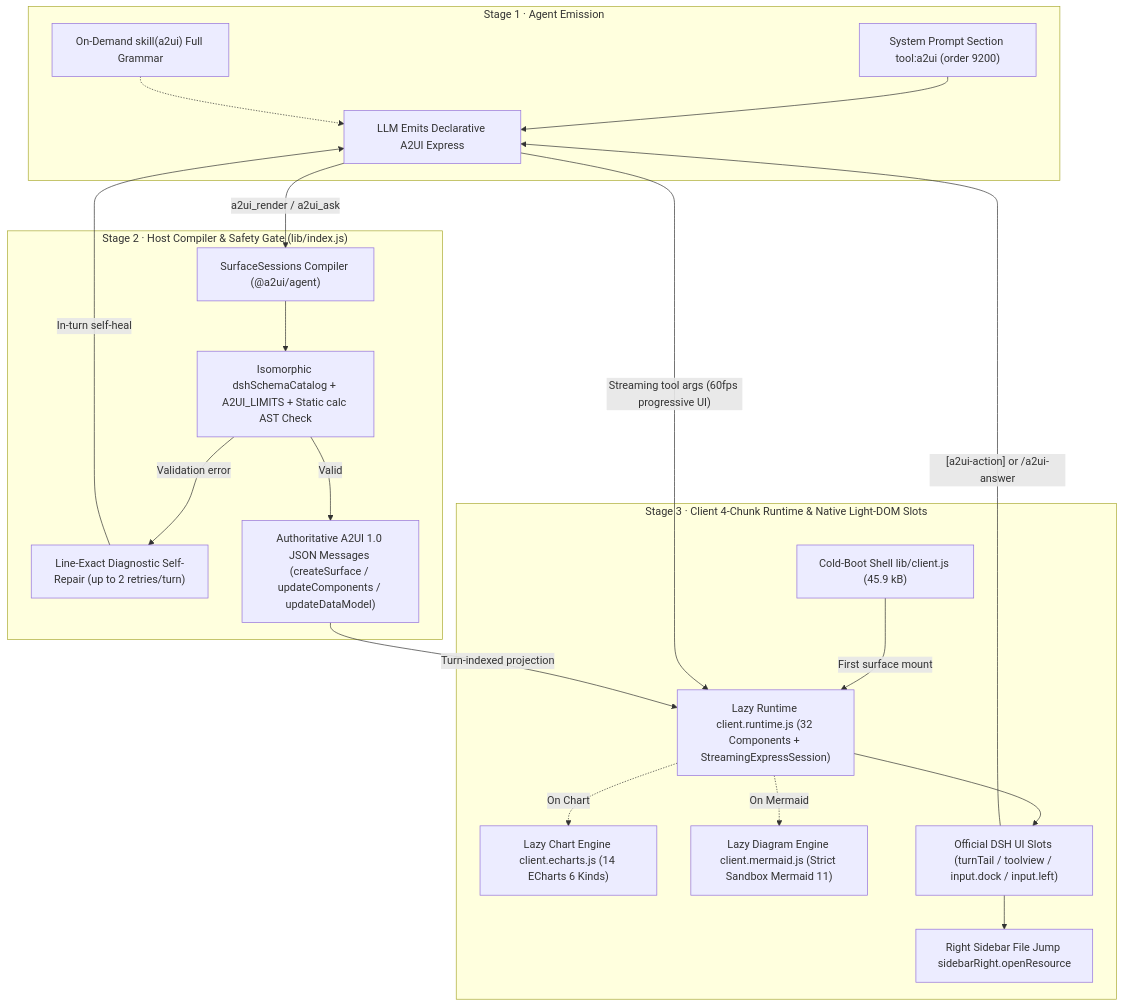
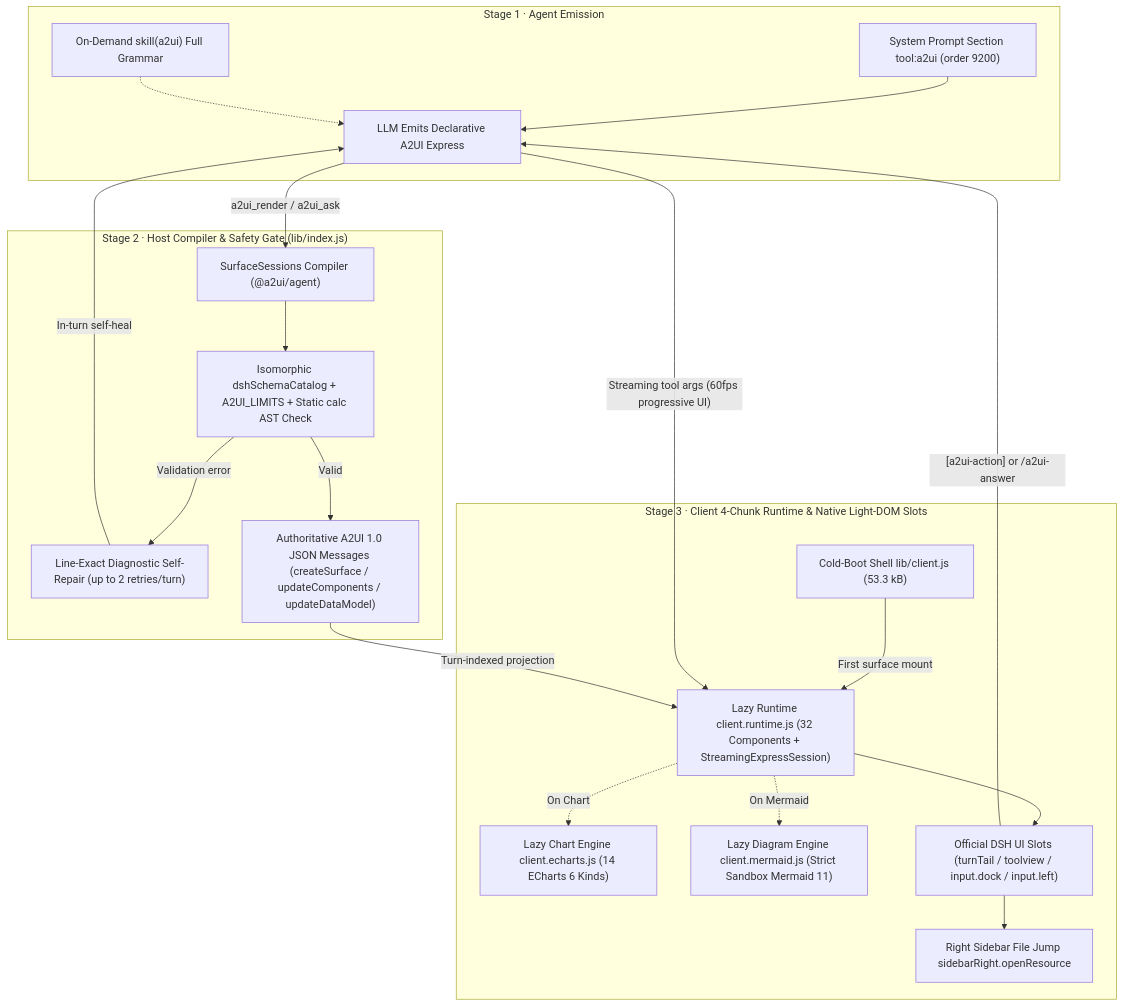
Before and after one commit to Geekhyt/dsh-genui-a2ui: the diagram in docs/DEVELOPMENT.md, drawn with Mermaid. The commit also changed other lines of this file and 13 other files, not shown here.

````diff
--- a/docs/DEVELOPMENT.md
+++ b/docs/DEVELOPMENT.md
@@ -17,40 +17,40 @@
 ```mermaid
 flowchart TB
   subgraph S1["Stage 1 · Agent Emission"]
     P["System Prompt Section tool:a2ui (order 9200)"]
     SK["On-Demand skill(a2ui) Full Grammar"]
     LLM["LLM Emits Declarative A2UI Express"]
     P --> LLM
     SK -.-> LLM
   end
 
   subgraph S2["Stage 2 · Host Compiler & Safety Gate (lib/index.js)"]
     COMP["SurfaceSessions Compiler (@a2ui/agent)"]
     ZOD["Isomorphic dshSchemaCatalog + A2UI_LIMITS + Static calc AST Check"]
     REPAIR["Line-Exact Diagnostic Self-Repair (up to 2 retries/turn)"]
     WIRE["Authoritative A2UI 1.0 JSON Messages (createSurface / updateComponents / updateDataModel)"]
     COMP --> ZOD
     ZOD -->|"Validation error"| REPAIR
     REPAIR -->|"In-turn self-heal"| LLM
     ZOD -->|"Valid"| WIRE
   end
 
   subgraph S3["Stage 3 · Client 4-Chunk Runtime & Native Light-DOM Slots"]
-    SHELL["Cold-Boot Shell lib/client.js (45.9 kB)"]
+    SHELL["Cold-Boot Shell lib/client.js (53.3 kB)"]
     RT["Lazy Runtime client.runtime.js (32 Components + StreamingExpressSession)"]
     EC["Lazy Chart Engine client.echarts.js (14 ECharts 6 Kinds)"]
     MM["Lazy Diagram Engine client.mermaid.js (Strict Sandbox Mermaid 11)"]
     SLOTS["Official DSH UI Slots (turnTail / toolview / input.dock / input.left)"]
     SIDE["Right Sidebar File Jump sidebarRight.openResource"]
     SHELL -->|"First surface mount"| RT
     RT -.->|"On Chart"| EC
     RT -.->|"On Mermaid"| MM
     RT --> SLOTS
     SLOTS --> SIDE
   end
 
   LLM -->|"Streaming tool args (60fps progressive UI)"| RT
   LLM -->|"a2ui_render / a2ui_ask"| COMP
   WIRE -->|"Turn-indexed projection"| RT
   SLOTS -->|"[a2ui-action] or /a2ui-answer"| LLM
 ```
````
